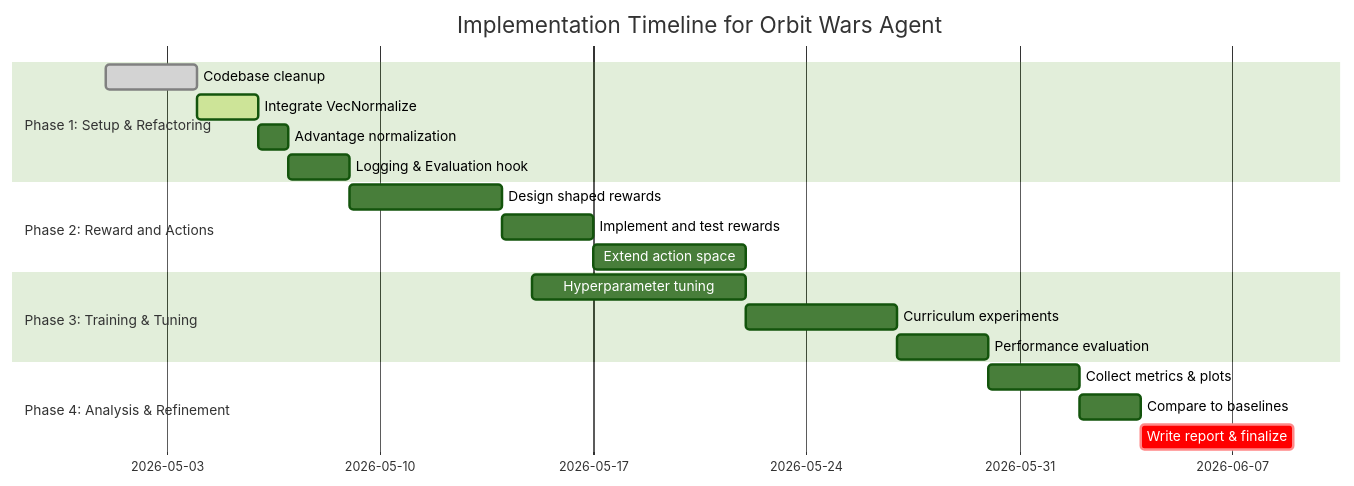
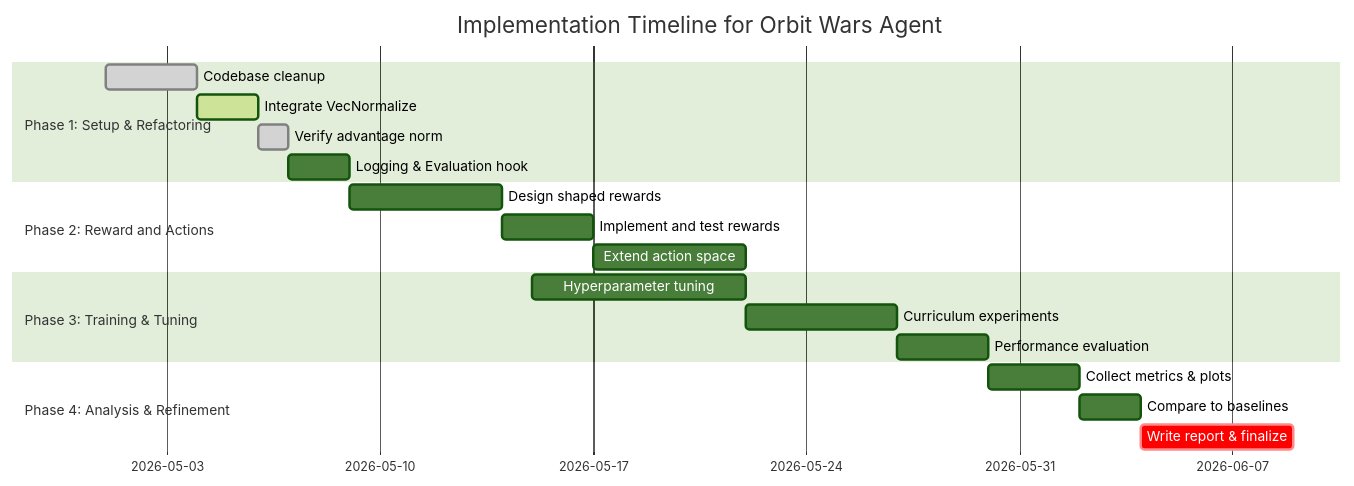
One commit to jmduea/orbit_wars changed the diagram in rl_improvements.md. Above: the diagram before and after it, drawn with Mermaid (forest theme). The commit also changed other lines of this file, not shown here.

Commit message:
Update PPO advantage normalization report

````diff
--- a/rl_improvements.md
+++ b/rl_improvements.md
@@ -98,25 +102,25 @@
 ```mermaid
 gantt
     title Implementation Timeline for Orbit Wars Agent
     dateFormat  YYYY-MM-DD
     section Phase 1: Setup & Refactoring
     Codebase cleanup           :done,    c1, 2026-05-01, 3d
     Integrate VecNormalize     :active,  c2, after c1, 2d
-    Advantage normalization    :        c3, after c2, 1d
+    Verify advantage norm      :done,    c3, after c2, 1d
     Logging & Evaluation hook  :        c4, after c3, 2d
 
     section Phase 2: Reward and Actions
     Design shaped rewards      :        c5, after c4, 5d
     Implement and test rewards :        c6, after c5, 3d
     Extend action space        :        c7, after c6, 5d
 
     section Phase 3: Training & Tuning
     Hyperparameter tuning      :        c8, 2026-05-15, 7d
     Curriculum experiments     :        c9, after c8, 5d
     Performance evaluation     :        c10, after c9, 3d
 
     section Phase 4: Analysis & Refinement
     Collect metrics & plots    :        c11, after c10, 3d
     Compare to baselines       :        c12, after c11, 2d
     Write report & finalize   :crit,   c13, after c12, 5d
 ```
````
